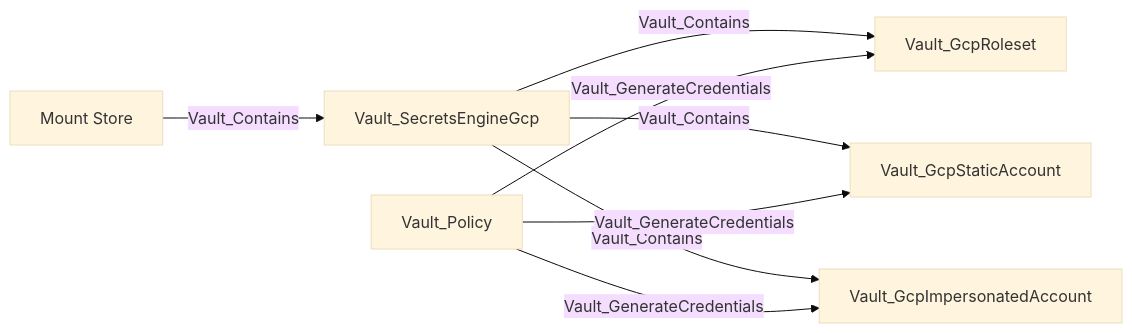
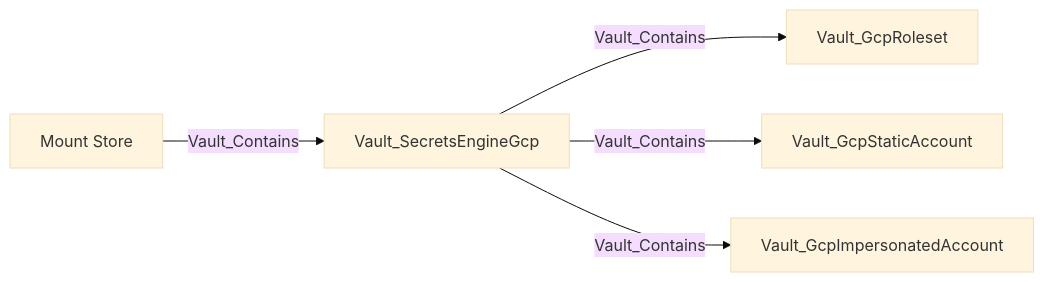
Before and after one commit to bytewreck/opengraph-vault: the tenth of 29 diagrams in Documentation/stores/MOUNTS.md, drawn with Mermaid (base theme). The commit also changed other lines of this file and 3 other files, not shown here.

````diff
--- a/Documentation/stores/MOUNTS.md
+++ b/Documentation/stores/MOUNTS.md
@@ -160,10 +152,7 @@
 ```mermaid
 flowchart LR
     store[Mount Store] -->|Vault_Contains| mount[Vault_SecretsEngineGcp]
     mount -->|Vault_Contains| roleset[Vault_GcpRoleset]
     mount -->|Vault_Contains| static[Vault_GcpStaticAccount]
     mount -->|Vault_Contains| impersonated[Vault_GcpImpersonatedAccount]
-    policy[Vault_Policy] -->|Vault_GenerateCredentials| roleset
-    policy -->|Vault_GenerateCredentials| static
-    policy -->|Vault_GenerateCredentials| impersonated
 ```
````
